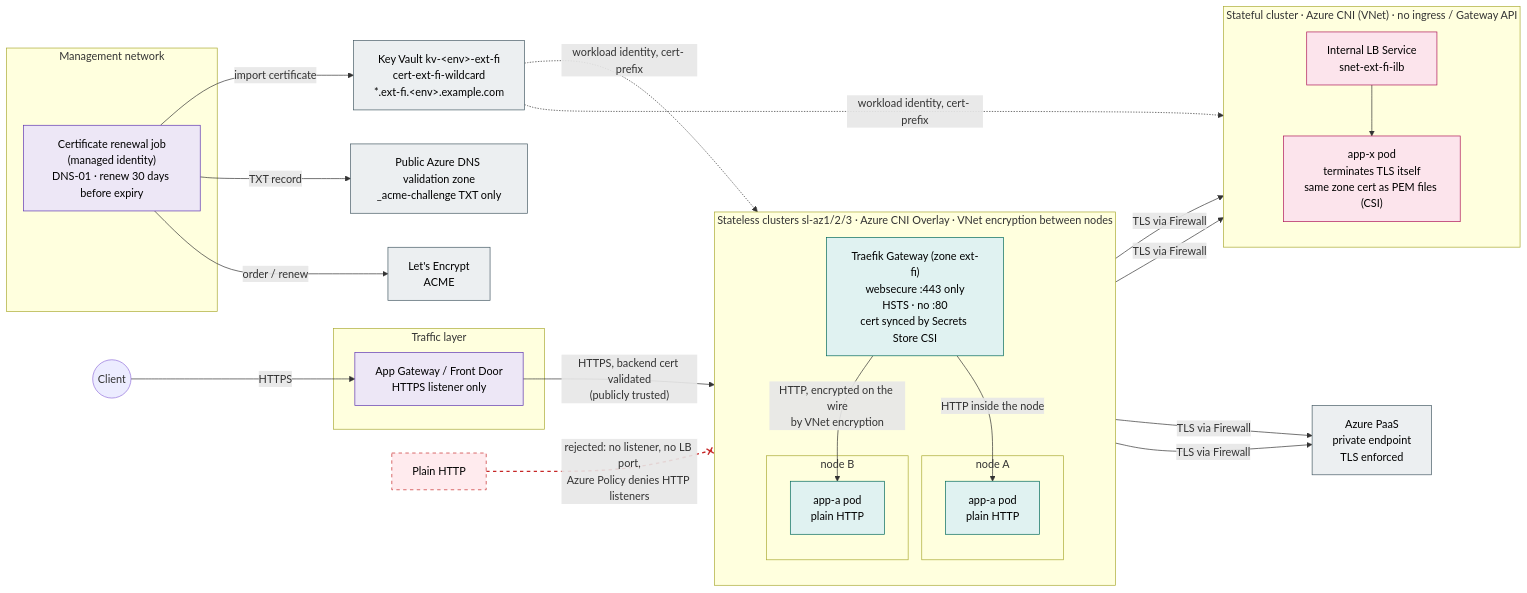
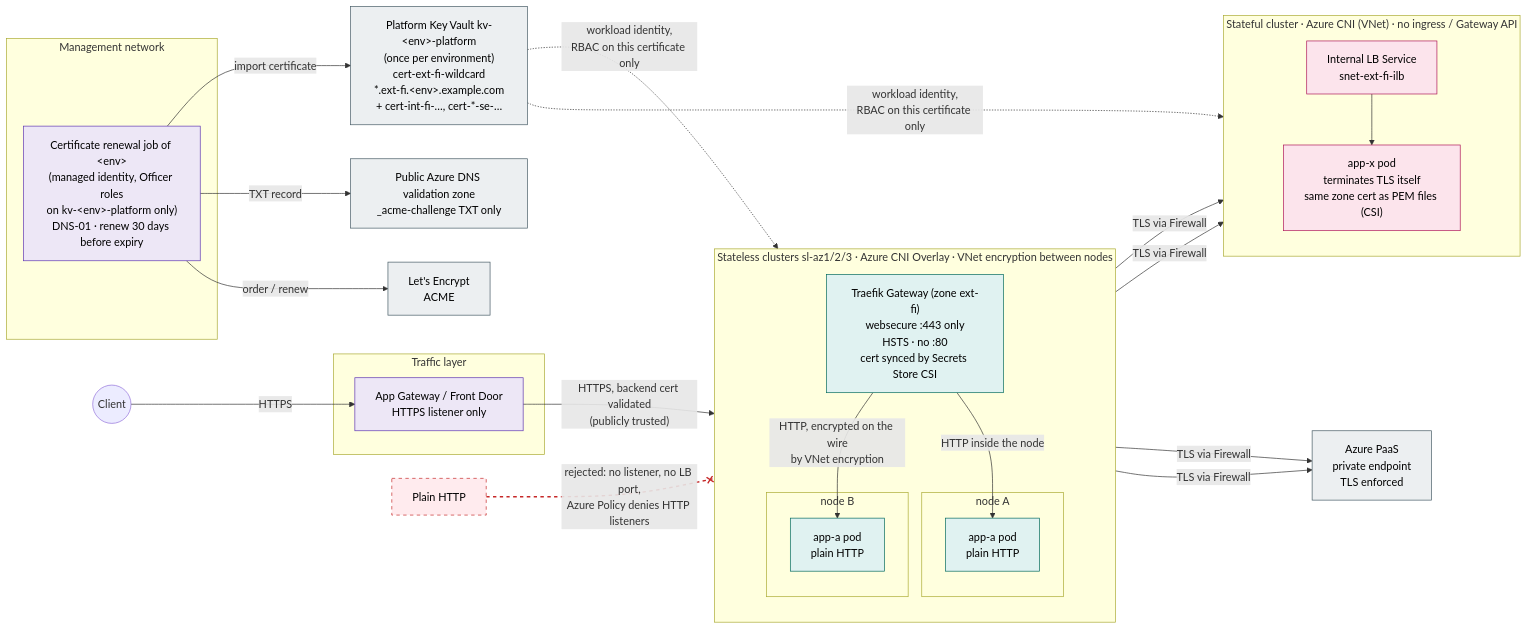
One commit to olljanat-ai/aks-design changed the diagram in diagrams/13-tls-encryption.mmd. Above: the diagram before and after it, drawn with Mermaid. The commit also changed 12 other files, not shown here.

First line of the commit message:
Add a shared platform Key Vault per environment for certificates

```diff
--- a/diagrams/13-tls-encryption.mmd
+++ b/diagrams/13-tls-encryption.mmd
@@ -1,62 +1,63 @@
 %% Encryption in transit. Stateless: TLS ends at the zone's Traefik gateway (Let's Encrypt certificate for an internal
 %% name), node-to-node traffic is protected by Azure VNet encryption, so apps need no TLS, mTLS or service mesh.
 %% Stateful: no ingress at all, the application terminates TLS on its own internal load balancer.
-%% Certificates are issued once per zone and environment by a central job and shared by all clusters via Key Vault.
+%% Certificates are issued once per zone and environment by a job per environment into the environment's single platform
+%% Key Vault and shared by all clusters of that environment.
 flowchart LR
     client(("Client"))
 
     subgraph MGMT["Management network"]
-        job["Certificate renewal job<br/>(managed identity)<br/>DNS-01 · renew 30 days before expiry"]
+        job["Certificate renewal job of &lt;env&gt;<br/>(managed identity, Officer roles<br/>on kv-&lt;env&gt;-platform only)<br/>DNS-01 · renew 30 days before expiry"]
     end
     le["Let's Encrypt<br/>ACME"]
     pubdns["Public Azure DNS validation zone<br/>_acme-challenge TXT only"]
-    kv["Key Vault kv-&lt;env&gt;-ext-fi<br/>cert-ext-fi-wildcard<br/>*.ext-fi.&lt;env&gt;.example.com"]
+    kv["Platform Key Vault kv-&lt;env&gt;-platform<br/>(once per environment)<br/>cert-ext-fi-wildcard<br/>*.ext-fi.&lt;env&gt;.example.com<br/>+ cert-int-fi-…, cert-*-se-…"]
 
     subgraph EDGE["Traffic layer"]
         agw["App Gateway / Front Door<br/>HTTPS listener only"]
     end
 
     subgraph SL["Stateless clusters sl-az1/2/3 · Azure CNI Overlay · VNet encryption between nodes"]
         direction TB
         tr["Traefik Gateway (zone ext-fi)<br/>websecure :443 only<br/>HSTS · no :80<br/>cert synced by Secrets Store CSI"]
         subgraph N1["node A"]
             app1["app-a pod<br/>plain HTTP"]
         end
         subgraph N2["node B"]
             app2["app-a pod<br/>plain HTTP"]
         end
     end
 
     subgraph SF["Stateful cluster · Azure CNI (VNet) · no ingress / Gateway API"]
         direction TB
         ilb["Internal LB Service<br/>snet-ext-fi-ilb"]
         db["app-x pod<br/>terminates TLS itself<br/>same zone cert as PEM files (CSI)"]
     end
 
     paas["Azure PaaS<br/>private endpoint<br/>TLS enforced"]
     plain["Plain HTTP"]:::off
 
     client -->|"HTTPS"| agw
     agw -->|"HTTPS, backend cert validated<br/>(publicly trusted)"| tr
     tr -->|"HTTP inside the node"| app1
     tr -->|"HTTP, encrypted on the wire<br/>by VNet encryption"| app2
     app1 & app2 -->|"TLS via Firewall"| ilb --> db
     app1 & app2 -->|"TLS via Firewall"| paas
     job -->|"order / renew"| le
     job -->|"TXT record"| pubdns
     job -->|"import certificate"| kv
-    kv -.->|"workload identity, cert- prefix"| tr
-    kv -.->|"workload identity, cert- prefix"| db
+    kv -.->|"workload identity,<br/>RBAC on this certificate only"| tr
+    kv -.->|"workload identity,<br/>RBAC on this certificate only"| db
     plain -.-x|"rejected: no listener, no LB port,<br/>Azure Policy denies HTTP listeners"| tr
 
     linkStyle 14 stroke:#c62828,stroke-width:2px,stroke-dasharray:5 5
 
     classDef hub fill:#ede7f6,stroke:#5e35b1,color:#000
     classDef sl fill:#e0f2f1,stroke:#00695c,color:#000
     classDef sf fill:#fce4ec,stroke:#ad1457,color:#000
     classDef paas fill:#eceff1,stroke:#455a64,color:#000
     classDef off fill:#ffebee,stroke:#c62828,color:#000,stroke-dasharray: 5 5
     class agw,job hub
     class tr,app1,app2 sl
     class ilb,db sf
     class paas,le,pubdns,kv paas
```
